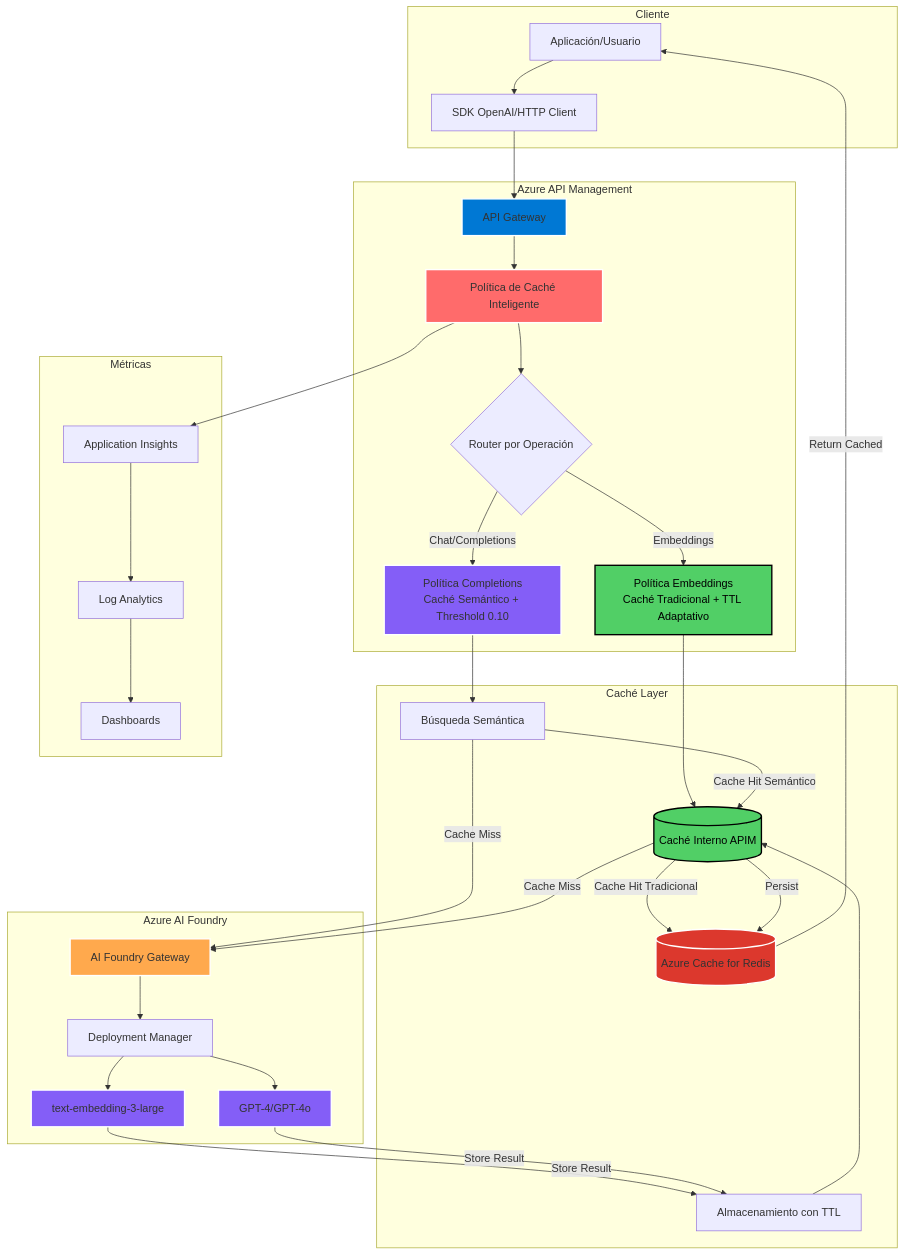
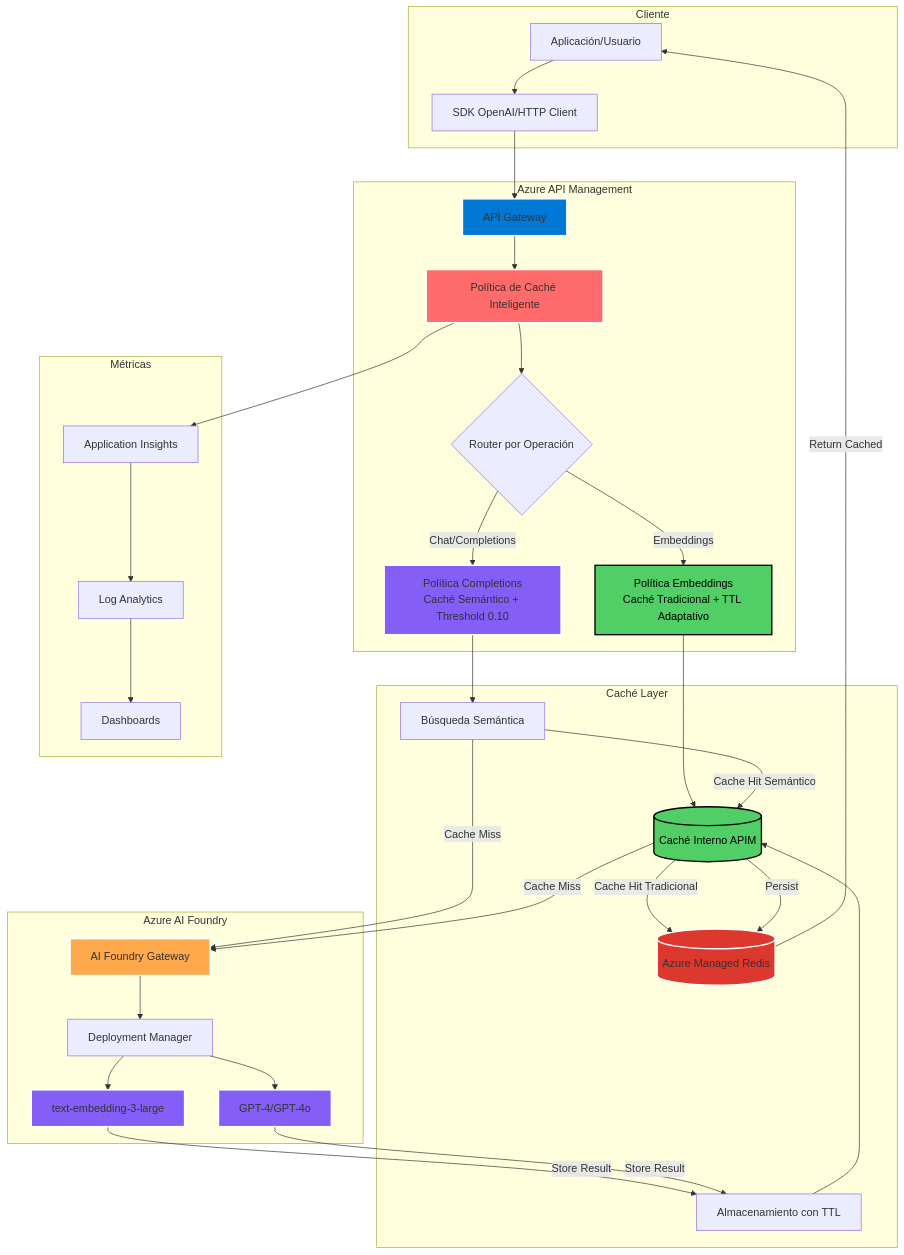
The diagram in README.md (gbecerra1982/Semantic-Cache), drawn with Mermaid before and after one commit. The commit also changed other lines of this file, not shown here.

````diff
--- a/README.md
+++ b/README.md
@@ -18,75 +18,75 @@
 ```mermaid
 graph TB
     subgraph "Cliente"
         A[Aplicación/Usuario]
         B[SDK OpenAI/HTTP Client]
     end
     
     subgraph "Azure API Management"
         C[API Gateway]
         D[Política de Caché Inteligente]
         E{Router por Operación}
         F[Política Embeddings<br/>Caché Tradicional + TTL Adaptativo]
         G[Política Completions<br/>Caché Semántico + Threshold 0.10]
     end
     
     subgraph "Caché Layer"
         H[(Caché Interno APIM)]
         I[Búsqueda Semántica]
         J[Almacenamiento con TTL]
-        R[(Azure Cache for Redis)]
+        R[(Azure Managed Redis)]
     end
     
     subgraph "Azure AI Foundry"
         K[AI Foundry Gateway]
         L[Deployment Manager]
         M[text-embedding-3-large]
         N[GPT-4/GPT-4o]
     end
     
     subgraph "Métricas"
         O[Application Insights]
         P[Log Analytics]
         Q[Dashboards]
     end
     
     A --> B
     B --> C
     C --> D
     D --> E
     E -->|Embeddings| F
     E -->|Chat/Completions| G
     
     F --> H
     G --> I
     
     I -->|Cache Hit Semántico| H
     H -->|Cache Hit Tradicional| R
     I -->|Cache Miss| K
     H -->|Cache Miss| K
     
     R -->|Return Cached| A
     
     K --> L
     L --> M
     L --> N
     
     M -->|Store Result| J
     N -->|Store Result| J
     J --> H
     H -->|Persist| R
     
     D --> O
     O --> P
     P --> Q
     
     style C fill:#0078D4,stroke:#fff,stroke-width:2px
     style D fill:#FF6B6B,stroke:#fff,stroke-width:2px
     style F fill:#51CF66,stroke:#000,stroke-width:2px,color:#000
     style G fill:#845EF7,stroke:#fff,stroke-width:2px
     style H fill:#51CF66,stroke:#000,stroke-width:2px,color:#000
     style R fill:#DC382D,stroke:#fff,stroke-width:2px
     style K fill:#FFA94D,stroke:#fff,stroke-width:2px
     style M fill:#845EF7,stroke:#fff,stroke-width:2px
     style N fill:#845EF7,stroke:#fff,stroke-width:2px
 ```
````
